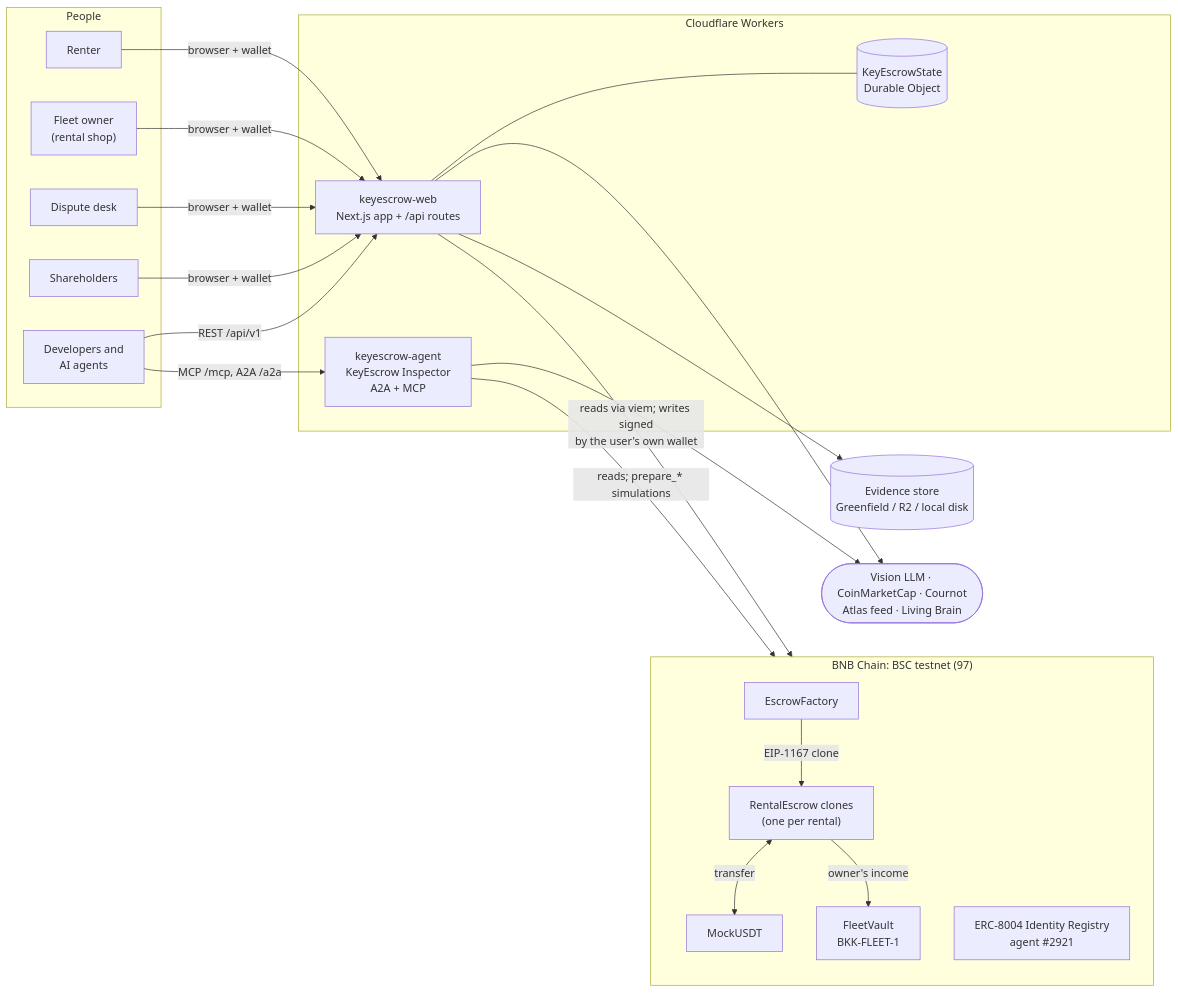
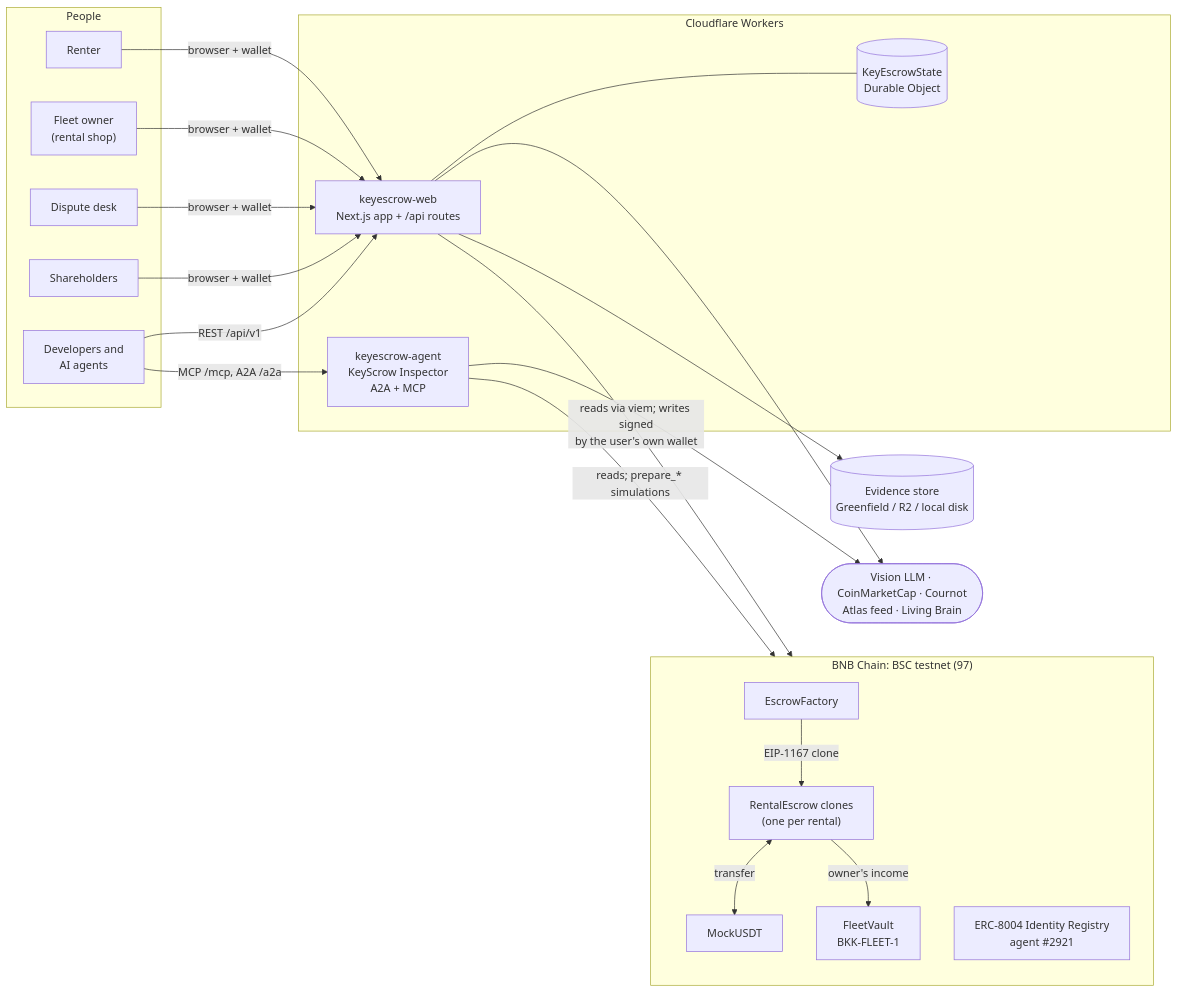
One commit to midego1/bnb-hackathon changed the first of 12 diagrams in docs/ARCHITECTURE.md. Above: the diagram before and after it, drawn with Mermaid. The commit also changed other lines of this file and 163 other files, not shown here.

First line of the commit message:
Rename the product to KeyScrow in everything people read (en + zh copy, metadata, agent name, iOS display name and strings, docs)

````diff
--- a/docs/ARCHITECTURE.md
+++ b/docs/ARCHITECTURE.md
@@ -27,39 +27,39 @@
 ```mermaid
 flowchart LR
     subgraph People
         R["Renter"]
         O["Fleet owner<br/>(rental shop)"]
         D["Dispute desk"]
         S["Shareholders"]
         DEV["Developers and<br/>AI agents"]
     end
 
     subgraph CF["Cloudflare Workers"]
         WEB["keyescrow-web<br/>Next.js app + /api routes"]
-        AG["keyescrow-agent<br/>KeyEscrow Inspector<br/>A2A + MCP"]
+        AG["keyescrow-agent<br/>KeyScrow Inspector<br/>A2A + MCP"]
         DO[("KeyEscrowState<br/>Durable Object")]
     end
 
     subgraph BSC["BNB Chain: BSC testnet (97)"]
         F["EscrowFactory"]
         E["RentalEscrow clones<br/>(one per rental)"]
         V["FleetVault<br/>BKK-FLEET-1"]
         U["MockUSDT"]
         ID["ERC-8004 Identity Registry<br/>agent #2921"]
     end
 
     EXT(["Vision LLM · CoinMarketCap · Cournot<br/>Atlas feed · Living Brain"])
     ST[("Evidence store<br/>Greenfield / R2 / local disk")]
 
     R & O & D & S -->|browser + wallet| WEB
     DEV -->|"REST /api/v1"| WEB
     DEV -->|"MCP /mcp, A2A /a2a"| AG
     WEB -->|"reads via viem; writes signed<br/>by the user's own wallet"| BSC
     AG -->|"reads; prepare_* simulations"| BSC
     WEB --- DO
     WEB & AG --> EXT
     WEB --> ST
     F -->|EIP-1167 clone| E
     E <-->|transfer| U
     E -->|owner's income| V
 ```
````
